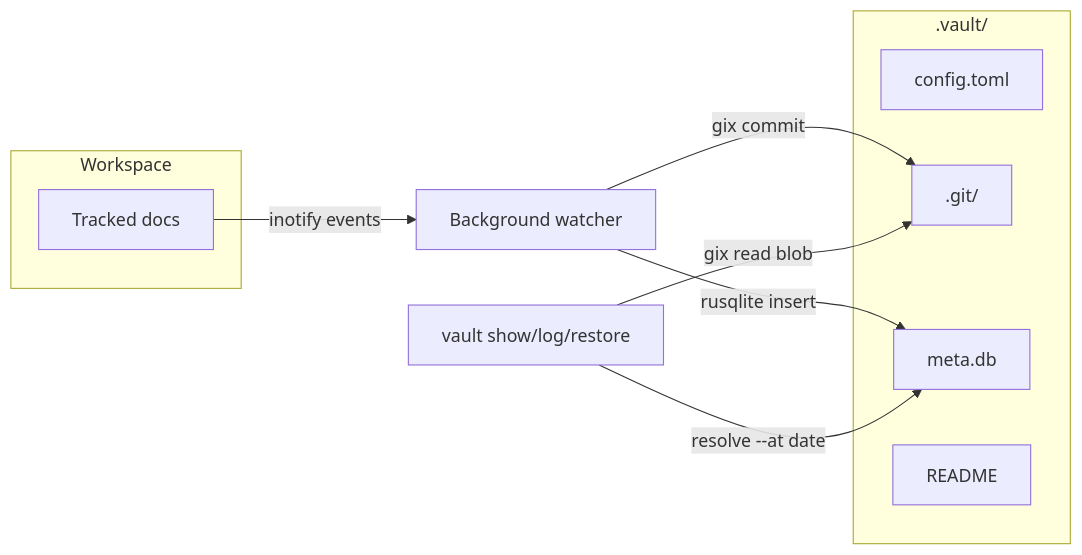
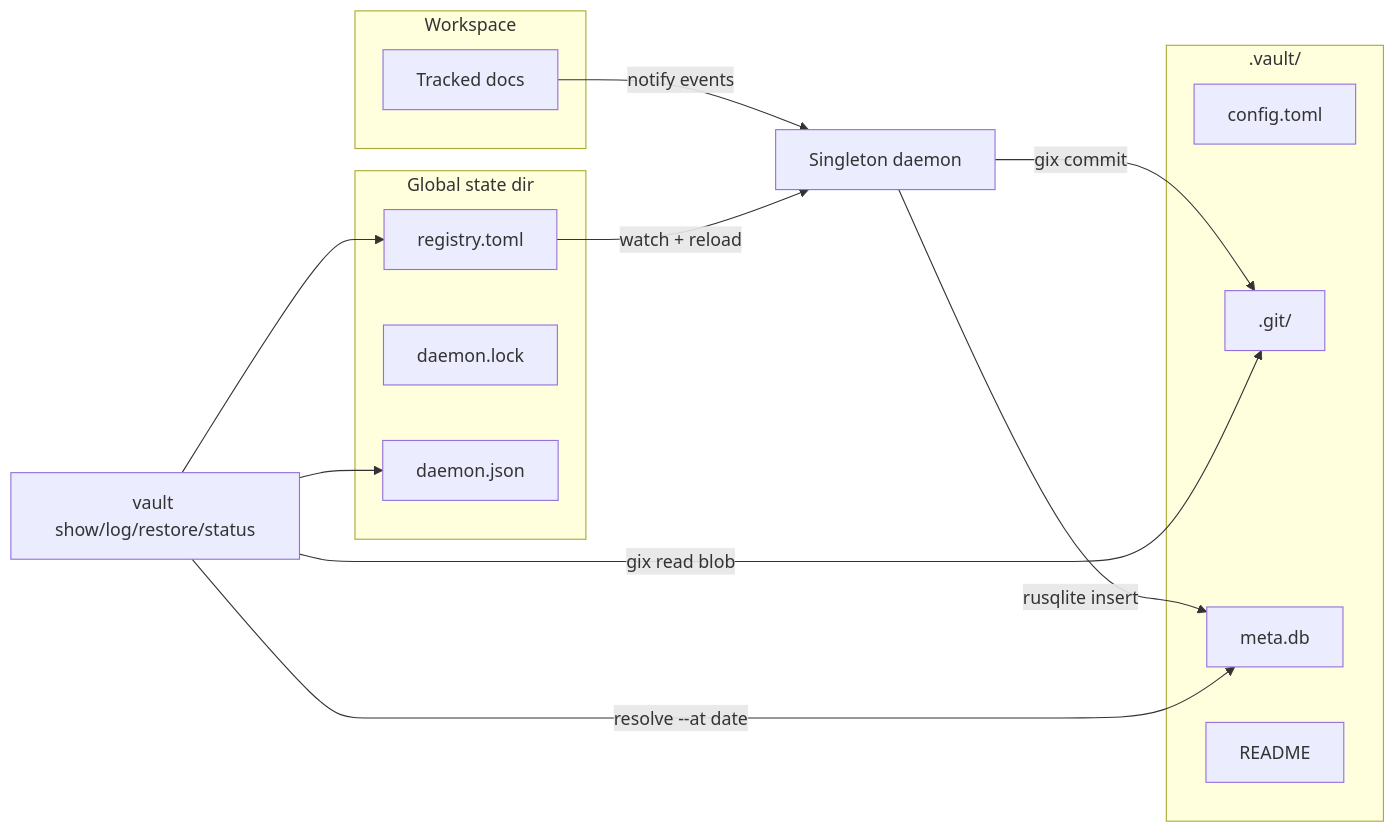
Before and after one commit to vadim-schultz/vault: the second of 2 diagrams in docs/src/architecture.md, drawn with Mermaid. The commit also changed other lines of this file and 37 other files, not shown here.

First line of the commit message:
feat(watcher): add singleton daemon with registry-driven multi-vault sync

````diff
--- a/docs/src/architecture.md
+++ b/docs/src/architecture.md
@@ -31,20 +38,28 @@
 ```mermaid
 flowchart LR
     subgraph workspace [Workspace]
         Docs[Tracked docs]
     end
     subgraph vaultDir [.vault/]
         Config[config.toml]
         GitDir[.git/]
         MetaDB[meta.db]
         Readme[README]
     end
-    Watcher[Background watcher]
-    CLI[vault show/log/restore]
+    subgraph stateDir [Global state dir]
+        Reg[registry.toml]
+        Lock[daemon.lock]
+        Beat[daemon.json]
+    end
+    Daemon[Singleton daemon]
+    CLI[vault show/log/restore/status]
 
-    Docs -->|inotify events| Watcher
-    Watcher -->|gix commit| GitDir
-    Watcher -->|rusqlite insert| MetaDB
+    Docs -->|notify events| Daemon
+    Reg -->|watch + reload| Daemon
+    Daemon -->|gix commit| GitDir
+    Daemon -->|rusqlite insert| MetaDB
     CLI -->|resolve --at date| MetaDB
     CLI -->|gix read blob| GitDir
+    CLI --> Beat
+    CLI --> Reg
 ```
````
